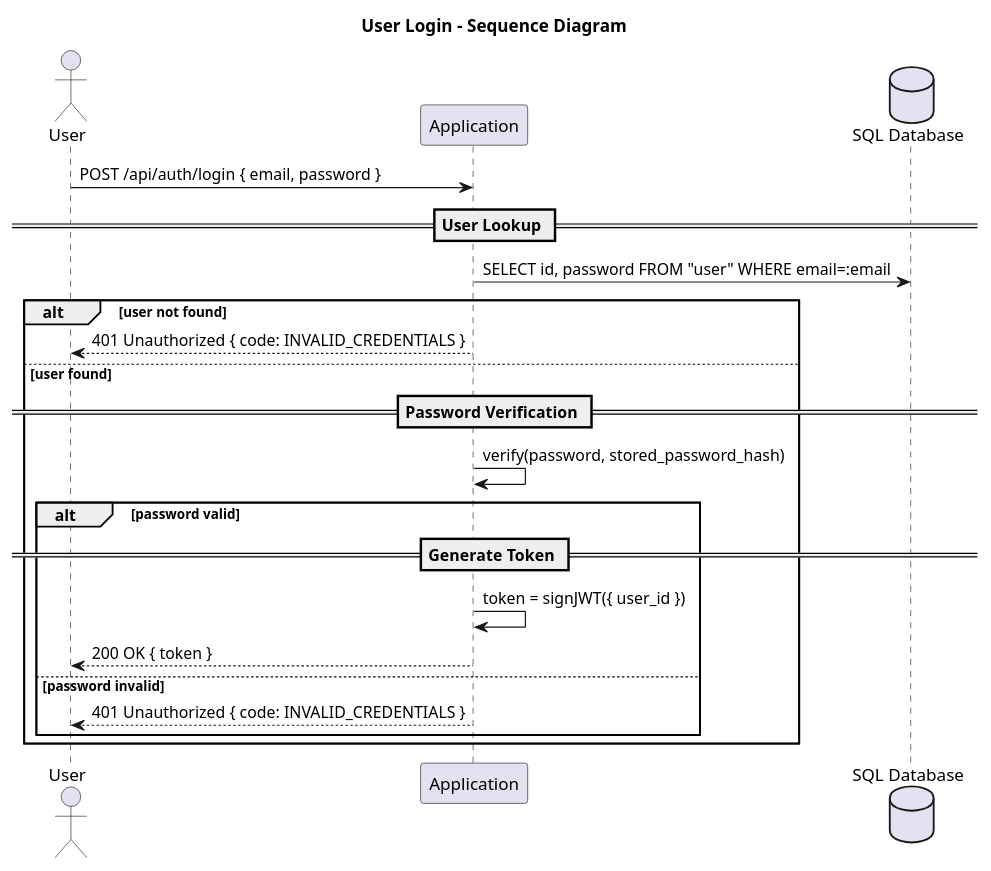
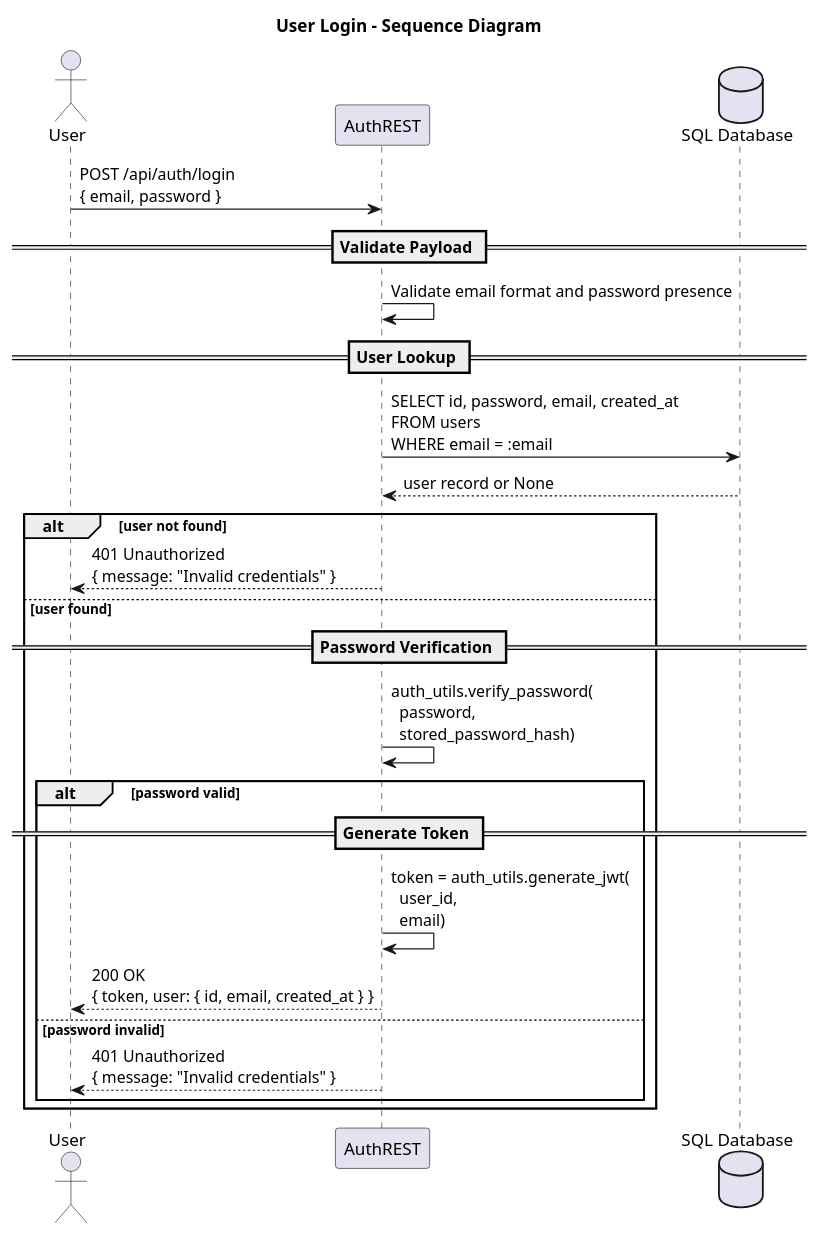
One commit to PhilippXXY/ticker-cal-tracker changed the diagram in docs/uml/sequence_diagram_login.puml. Above: the diagram before and after it, drawn with PlantUML. The commit also changed 16 other files, not shown here.

Commit message:
Update UML diagrams to reflect current codebase

```diff
--- a/docs/uml/sequence_diagram_login.puml
+++ b/docs/uml/sequence_diagram_login.puml
@@ -1,25 +1,33 @@
 @startuml sequence_diagram_login
 title User Login - Sequence Diagram
 
 actor User
-participant "Application" as APP
+participant "AuthREST" as REST
 database "SQL Database" as DB
 
-User -> APP: POST /api/auth/login { email, password }
+
+User -> REST: POST /api/auth/login\n{ email, password }
+
+== Validate Payload ==
+REST -> REST: Validate email format and password presence
 
 == User Lookup ==
-APP -> DB: SELECT id, password FROM "user" WHERE email=:email
+REST -> DB: SELECT id, password, email, created_at\nFROM users\nWHERE email = :email
+DB --> REST: user record or None
+
 alt user not found
-  APP --> User: 401 Unauthorized { code: INVALID_CREDENTIALS }
+  REST --> User: 401 Unauthorized\n{ message: "Invalid credentials" }
 else user found
   == Password Verification ==
-  APP -> APP: verify(password, stored_password_hash)
+  REST -> REST: auth_utils.verify_password(\n  password,\n  stored_password_hash)
+  
   alt password valid
     == Generate Token ==
-    APP -> APP: token = signJWT({ user_id })
-    APP --> User: 200 OK { token }
+    REST -> REST: token = auth_utils.generate_jwt(\n  user_id,\n  email)
+    REST --> User: 200 OK\n{ token, user: { id, email, created_at } }
   else password invalid
-    APP --> User: 401 Unauthorized { code: INVALID_CREDENTIALS }
+    REST --> User: 401 Unauthorized\n{ message: "Invalid credentials" }
   end
 end
+
 @enduml
```
